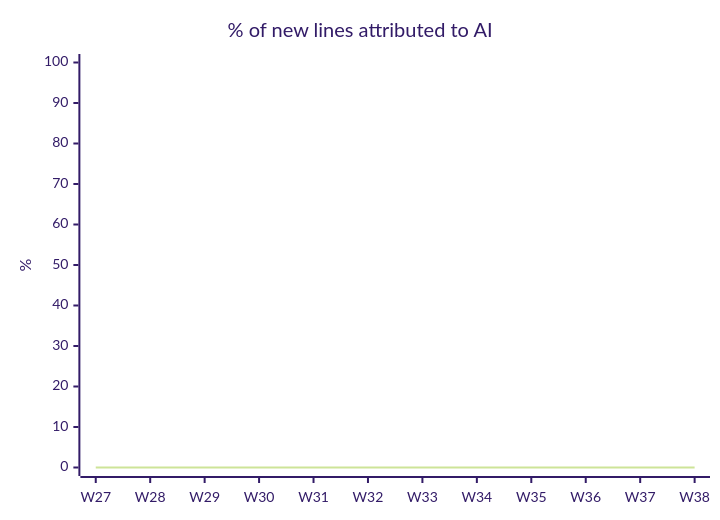
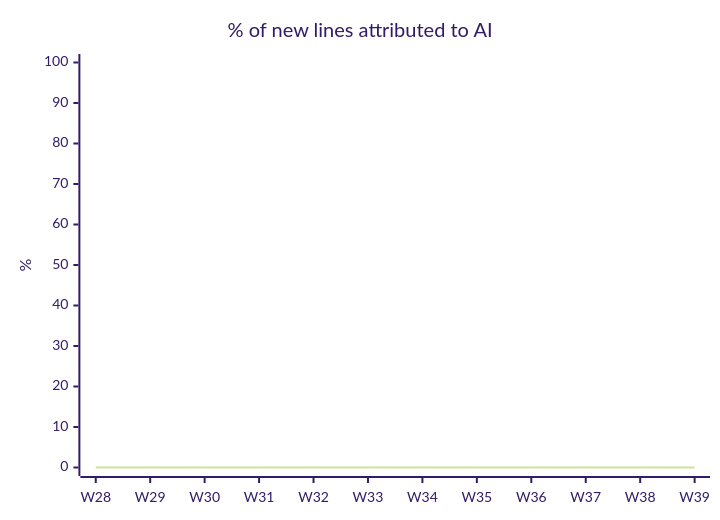
Before and after one commit to fromwaydowntown/ai-use: the diagram in docs/AI_USAGE.md, drawn with Mermaid (forest theme). The commit also changed other lines of this file, not shown here.

````diff
--- a/docs/AI_USAGE.md
+++ b/docs/AI_USAGE.md
@@ -17,7 +17,7 @@
 ```mermaid
 xychart-beta
     title "% of new lines attributed to AI"
-    x-axis ["W27", "W28", "W29", "W30", "W31", "W32", "W33", "W34", "W35", "W36", "W37", "W38"]
+    x-axis ["W28", "W29", "W30", "W31", "W32", "W33", "W34", "W35", "W36", "W37", "W38", "W39"]
     y-axis "%" 0 --> 100
     line [0, 0, 0, 0, 0, 0, 0, 0, 0, 0, 0, 0]
 ```
````
